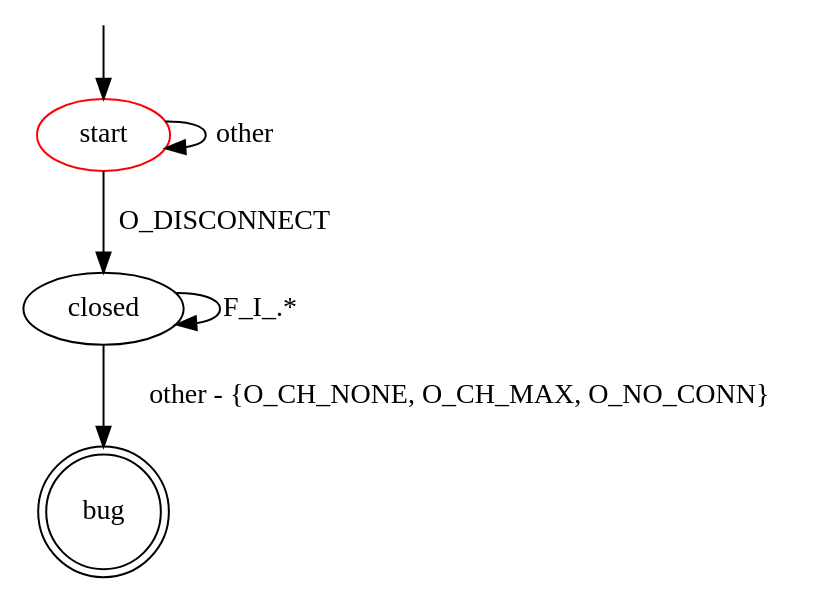
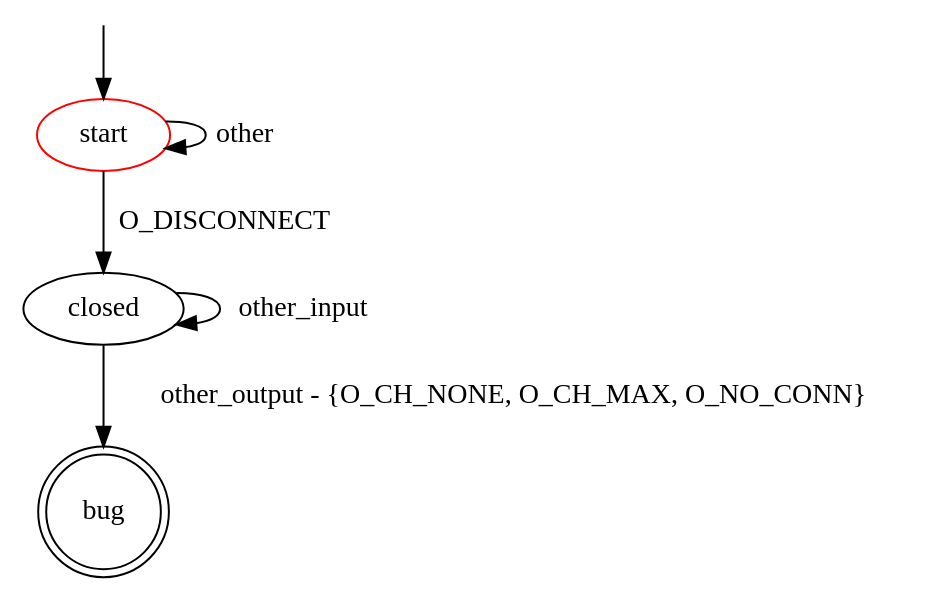
Before and after one commit to assist-project/state-machine-bug-finder: the diagram in src/main/resources/patterns/ssh/continue_after_closure.dot, drawn with Graphviz. The commit also changed 2 other files, not shown here.

Commit message:
Fixed bugs in bug patterns

```diff
--- a/src/main/resources/patterns/ssh/continue_after_closure.dot
+++ b/src/main/resources/patterns/ssh/continue_after_closure.dot
@@ -1,13 +1,13 @@
 digraph G {
 label=""
 start [color="red"]
 bug [shape="doublecircle"]
 
 start -> closed [label="O_DISCONNECT"]
 start -> start [label="other"]
-closed -> closed [label="F_I_.*"]
-closed -> bug [label="other - {O_CH_NONE, O_CH_MAX, O_NO_CONN}"]
+closed -> closed [label="other_input"]
+closed -> bug [label="other_output - {O_CH_NONE, O_CH_MAX, O_NO_CONN}"]
 
 __start0 [label="" shape="none" width="0" height="0"];
 __start0 -> start;
 }
```
